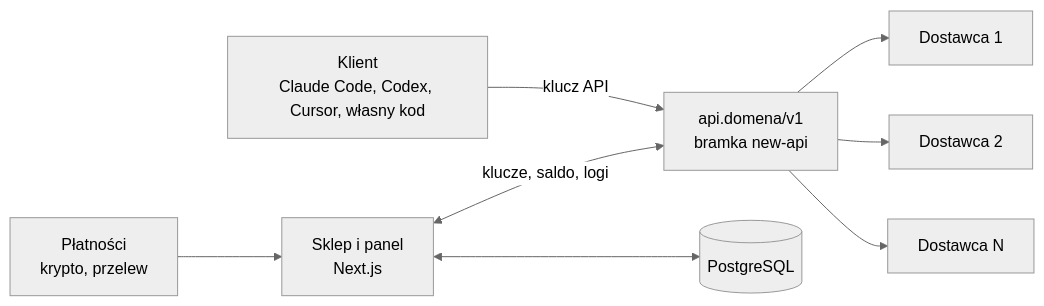
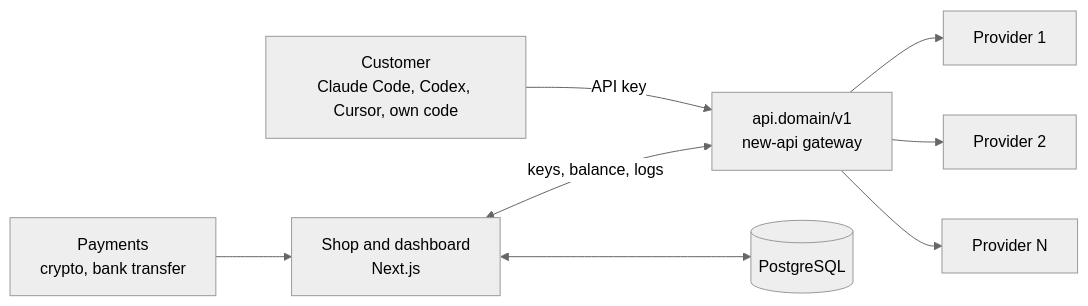
The diagram in README.md (patrykolech/llmforless-showcase), drawn with Mermaid (neutral theme) before and after one commit. The commit also changed other lines of this file and 4 other files, not shown here.

````diff
--- a/README.md
+++ b/README.md
@@ -32,10 +30,10 @@
 ```mermaid
 flowchart LR
-    K[Klient\nClaude Code, Codex, Cursor, własny kod] -->|klucz API| G[api.domena/v1\nbramka new-api]
-    G --> D1[Dostawca 1]
-    G --> D2[Dostawca 2]
-    G --> D3[Dostawca N]
-    S[Sklep i panel\nNext.js] <--> DB[(PostgreSQL)]
-    S <-->|klucze, saldo, logi| G
-    P[Płatności\nkrypto, przelew] --> S
+    K[Customer\nClaude Code, Codex, Cursor, own code] -->|API key| G[api.domain/v1\nnew-api gateway]
+    G --> D1[Provider 1]
+    G --> D2[Provider 2]
+    G --> D3[Provider N]
+    S[Shop and dashboard\nNext.js] <--> DB[(PostgreSQL)]
+    S <-->|keys, balance, logs| G
+    P[Payments\ncrypto, bank transfer] --> S
 ```
````
